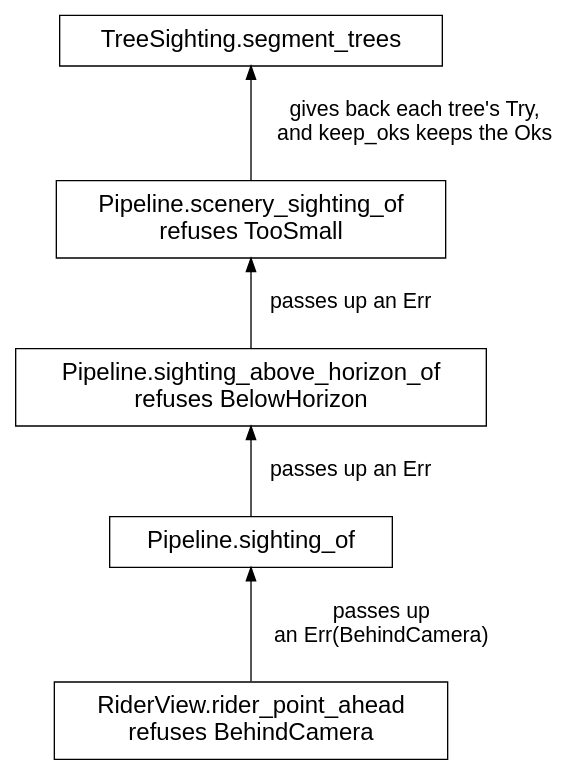
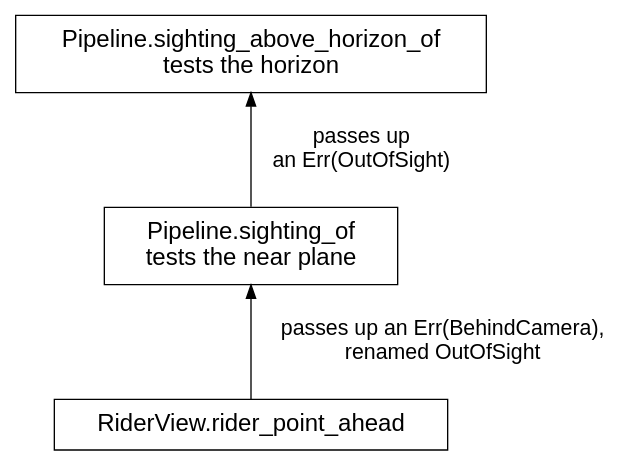
One commit to showell/roc-apps changed the fourth of 31 diagrams in canvas_apps/safari/tutorial/tutorial.md. Above: the diagram before and after it, drawn with Graphviz. The commit also changed other lines of this file, not shown here.

First line of the commit message:
Refused: a clean draft around the one OutOfSight tag

````diff
--- a/canvas_apps/safari/tutorial/tutorial.md
+++ b/canvas_apps/safari/tutorial/tutorial.md
@@ -674,18 +674,14 @@
 ```dot
 digraph refusal {
   rankdir=TB;
   nodesep=0.6;
   ranksep=0.7;
   node [shape=box, fontname="Helvetica", fontsize=18, margin="0.25,0.12"];
   edge [fontname="Helvetica", fontsize=16];
-  segment [label="TreeSighting.segment_trees"];
-  scenery [label="Pipeline.scenery_sighting_of\nrefuses TooSmall"];
-  horizon [label="Pipeline.sighting_above_horizon_of\nrefuses BelowHorizon"];
-  sighting [label="Pipeline.sighting_of"];
-  ahead [label="RiderView.rider_point_ahead\nrefuses BehindCamera"];
-  segment -> scenery [dir=back, label="  gives back each tree's Try,\n  and keep_oks keeps the Oks"];
-  scenery -> horizon [dir=back, label="  passes up an Err"];
-  horizon -> sighting [dir=back, label="  passes up an Err"];
-  sighting -> ahead [dir=back, label="  passes up\n  an Err(BehindCamera)"];
+  horizon [label="Pipeline.sighting_above_horizon_of\ntests the horizon"];
+  sighting [label="Pipeline.sighting_of\ntests the near plane"];
+  ahead [label="RiderView.rider_point_ahead"];
+  horizon -> sighting [dir=back, label="  passes up\n  an Err(OutOfSight)"];
+  sighting -> ahead [dir=back, label="  passes up an Err(BehindCamera),\n  renamed OutOfSight"];
 }
 ```
````
